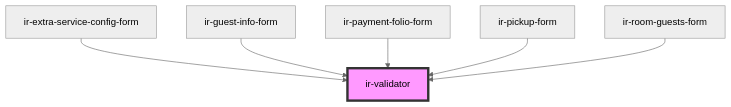
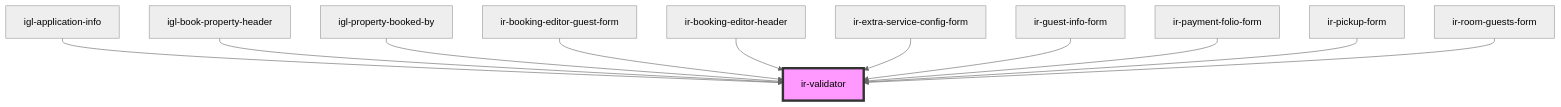
The diagram in src/components/ui/ir-validator/readme.md (David1Chowaifaty/modified-ir-webcmp), drawn with Mermaid (neutral theme) before and after one commit. The commit also changed other lines of this file and 56 other files, not shown here.

First line of the commit message:
Enhance IrBookingEditor and related components with new validation and input handling

````diff
--- a/src/components/ui/ir-validator/readme.md
+++ b/src/components/ui/ir-validator/readme.md
@@ -40,9 +53,14 @@
 ```mermaid
 graph TD;
+  igl-application-info --> ir-validator
+  igl-book-property-header --> ir-validator
+  igl-property-booked-by --> ir-validator
+  ir-booking-editor-guest-form --> ir-validator
+  ir-booking-editor-header --> ir-validator
   ir-extra-service-config-form --> ir-validator
   ir-guest-info-form --> ir-validator
   ir-payment-folio-form --> ir-validator
   ir-pickup-form --> ir-validator
   ir-room-guests-form --> ir-validator
   style ir-validator fill:#f9f,stroke:#333,stroke-width:4px
 ```
````
